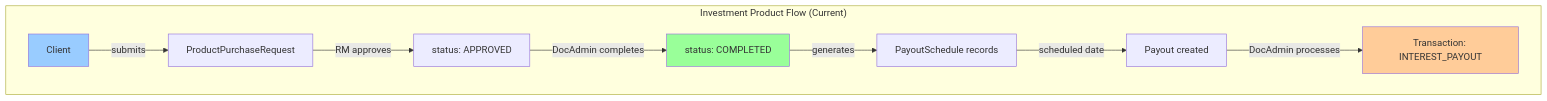
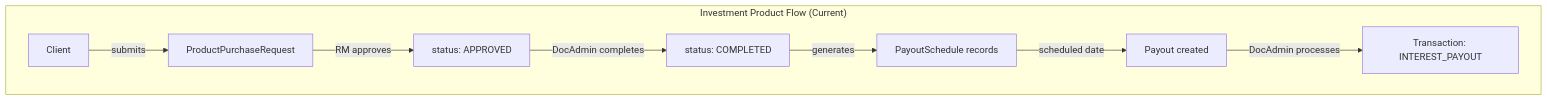
One commit to yashpandav/wealth-management changed the eighth of 17 diagrams in DATABASE_SCHEMA.md. Above: the diagram before and after it, drawn with Mermaid. The commit also changed other lines of this file, not shown here.

First line of the commit message:
Clean up style definitions in DATABASE_SCHEMA.md

````diff
--- a/DATABASE_SCHEMA.md
+++ b/DATABASE_SCHEMA.md
@@ -1338,15 +1325,11 @@
 ```mermaid
 graph TD
     subgraph "Investment Product Flow (Current)"
         A1[Client] -->|submits| B1[ProductPurchaseRequest]
         B1 -->|RM approves| C1[status: APPROVED]
         C1 -->|DocAdmin completes| D1[status: COMPLETED]
         D1 -->|generates| E1[PayoutSchedule records]
         E1 -->|scheduled date| F1[Payout created]
         F1 -->|DocAdmin processes| G1[Transaction: INTEREST_PAYOUT]
     end
-
-    style A1 fill:#99ccff
-    style D1 fill:#99ff99
-    style G1 fill:#ffcc99
 ```
````
